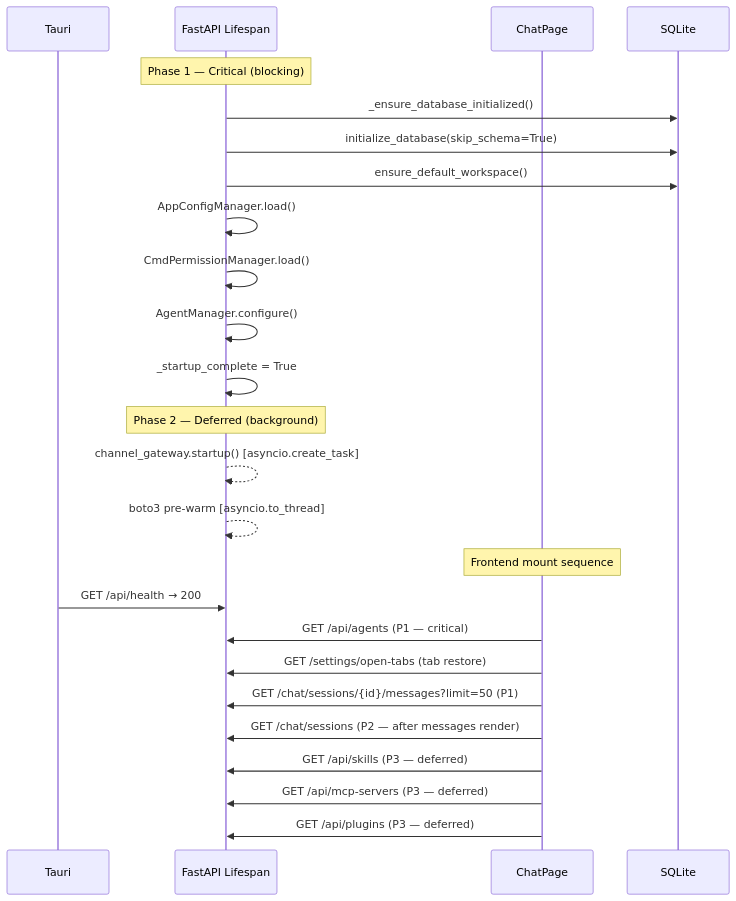
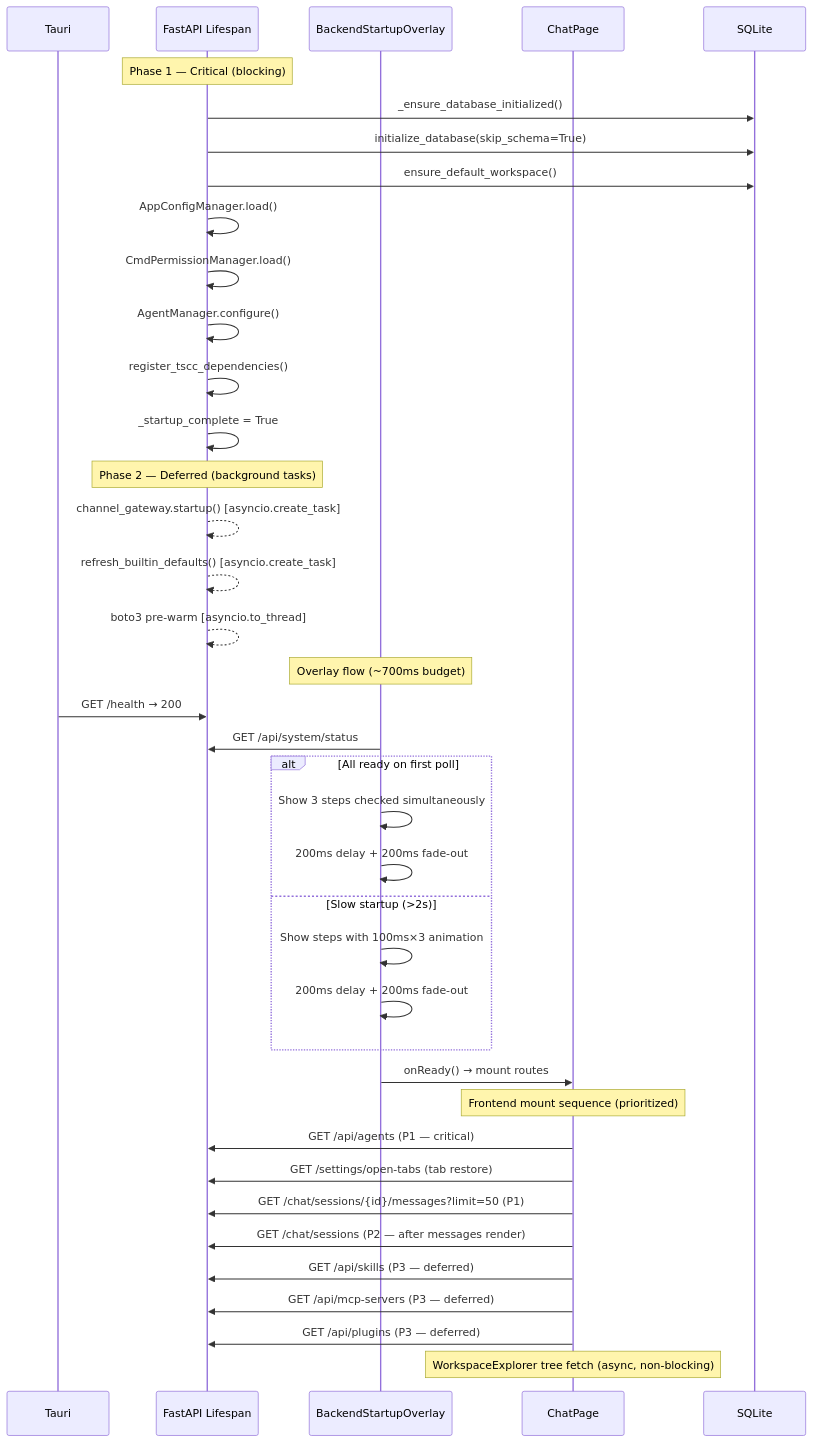
One commit to xg-gh-25/SwarmAI changed the diagram in .kiro/specs/app-restart-performance/design.md. Above: the diagram before and after it, drawn with Mermaid. The commit also changed other lines of this file and 20 other files, not shown here.

First line of the commit message:
feat(startup): optimize app restart performance and simplify overlay

````diff
--- a/.kiro/specs/app-restart-performance/design.md
+++ b/.kiro/specs/app-restart-performance/design.md
@@ -21,30 +27,45 @@
 ```mermaid
 sequenceDiagram
     participant Tauri
     participant Backend as FastAPI Lifespan
+    participant Overlay as BackendStartupOverlay
     participant FE as ChatPage
     participant DB as SQLite
 
     Note over Backend: Phase 1 — Critical (blocking)
     Backend->>DB: _ensure_database_initialized()
     Backend->>DB: initialize_database(skip_schema=True)
     Backend->>DB: ensure_default_workspace()
     Backend->>Backend: AppConfigManager.load()
     Backend->>Backend: CmdPermissionManager.load()
     Backend->>Backend: AgentManager.configure()
+    Backend->>Backend: register_tscc_dependencies()
     Backend->>Backend: _startup_complete = True
 
-    Note over Backend: Phase 2 — Deferred (background)
+    Note over Backend: Phase 2 — Deferred (background tasks)
     Backend-->>Backend: channel_gateway.startup() [asyncio.create_task]
+    Backend-->>Backend: refresh_builtin_defaults() [asyncio.create_task]
     Backend-->>Backend: boto3 pre-warm [asyncio.to_thread]
 
-    Note over FE: Frontend mount sequence
-    Tauri->>Backend: GET /api/health → 200
+    Note over Overlay: Overlay flow (~700ms budget)
+    Tauri->>Backend: GET /health → 200
+    Overlay->>Backend: GET /api/system/status
+    alt All ready on first poll
+        Overlay->>Overlay: Show 3 steps checked simultaneously
+        Overlay->>Overlay: 200ms delay + 200ms fade-out
+    else Slow startup (>2s)
+        Overlay->>Overlay: Show steps with 100ms×3 animation
+        Overlay->>Overlay: 200ms delay + 200ms fade-out
+    end
+    Overlay->>FE: onReady() → mount routes
+
+    Note over FE: Frontend mount sequence (prioritized)
     FE->>Backend: GET /api/agents (P1 — critical)
     FE->>Backend: GET /settings/open-tabs (tab restore)
     FE->>Backend: GET /chat/sessions/{id}/messages?limit=50 (P1)
     FE->>Backend: GET /chat/sessions (P2 — after messages render)
     FE->>Backend: GET /api/skills (P3 — deferred)
     FE->>Backend: GET /api/mcp-servers (P3 — deferred)
     FE->>Backend: GET /api/plugins (P3 — deferred)
+    Note over FE: WorkspaceExplorer tree fetch (async, non-blocking)
 ```
````
